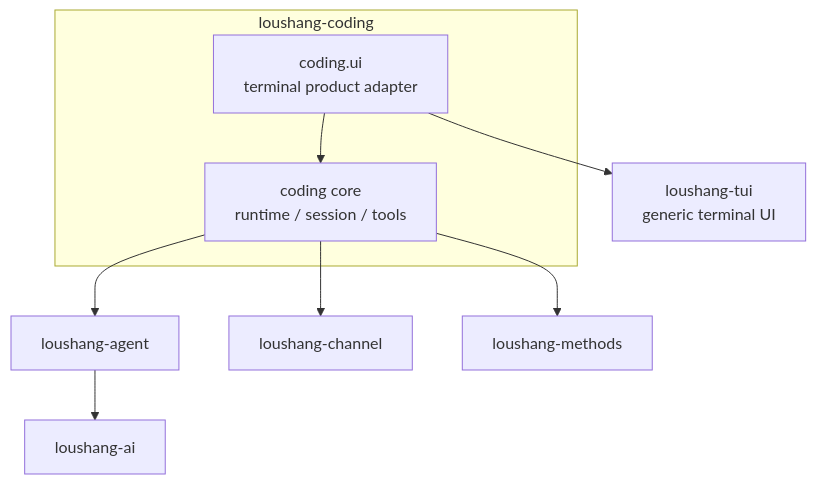
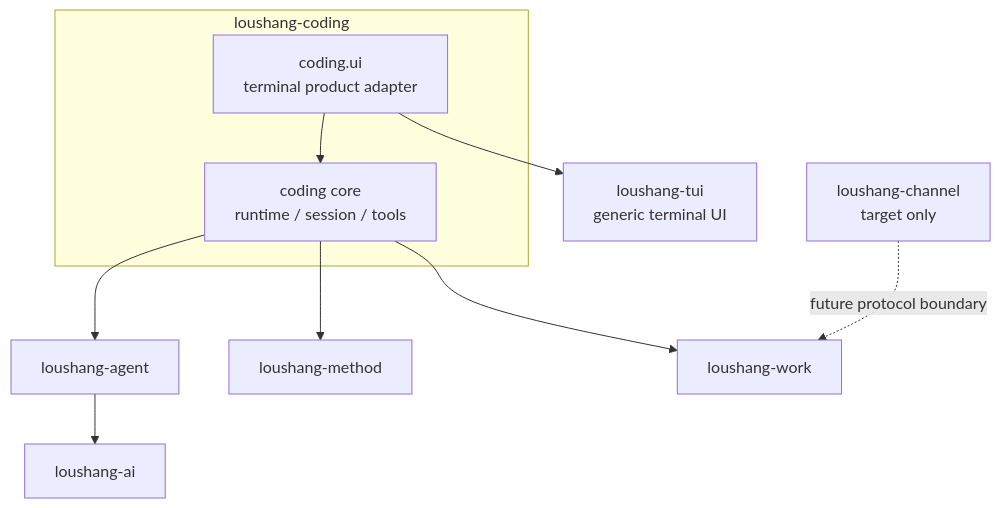
One commit to wrongbutworks/loushang changed the diagram in docs/internals/architecture/subsystem-diagram.md. Above: the diagram before and after it, drawn with Mermaid. The commit also changed other lines of this file and 58 other files, not shown here.

Commit message:
docs: align architecture documentation

````diff
--- a/docs/internals/architecture/subsystem-diagram.md
+++ b/docs/internals/architecture/subsystem-diagram.md
@@ -8,21 +8,24 @@
 ```mermaid
 graph TD
     AI[loushang-ai]
     AGENT[loushang-agent]
-    CHANNEL[loushang-channel]
+    METHOD[loushang-method]
+    WORK[loushang-work]
     TUI[loushang-tui<br/>generic terminal UI]
-    METHODS[loushang-methods]
+    CHANNEL[loushang-channel<br/>target only]
 
     subgraph CODING[loushang-coding]
         CODING_CORE[coding core<br/>runtime / session / tools]
         CODING_UI[coding.ui<br/>terminal product adapter]
     end
 
     AGENT --> AI
     CODING_CORE --> AGENT
-    CODING_CORE --> CHANNEL
-    CODING_CORE --> METHODS
+    CODING_CORE --> METHOD
+    CODING_CORE --> WORK
 
     CODING_UI --> CODING_CORE
     CODING_UI --> TUI
+
+    CHANNEL -. future protocol boundary .-> WORK
 ```
````
